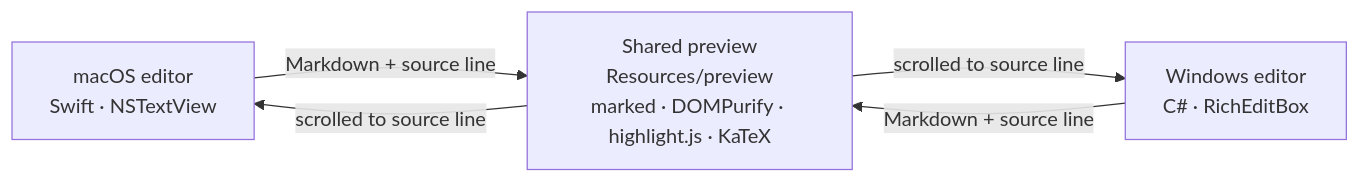
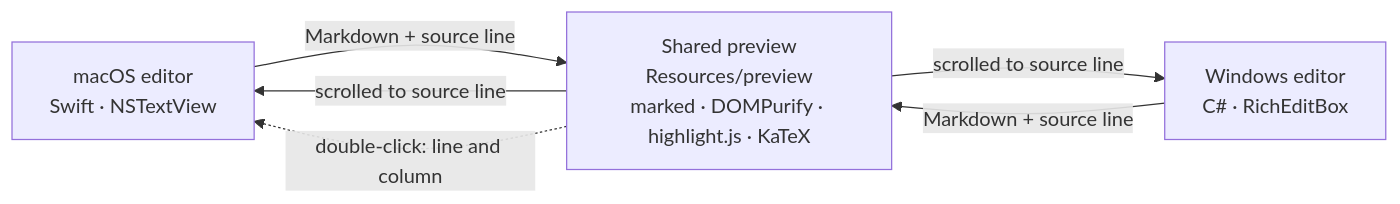
Before and after one commit to JYe16/mdeditor: the diagram in README.md, drawn with Mermaid. The commit also changed other lines of this file and 6 other files, not shown here.

````diff
--- a/README.md
+++ b/README.md
@@ -159,8 +166,9 @@
 ```mermaid
 flowchart LR
     M["macOS editor<br>Swift · NSTextView"] -->|Markdown + source line| P
     W["Windows editor<br>C# · RichEditBox"] -->|Markdown + source line| P
     P["Shared preview<br>Resources/preview<br>marked · DOMPurify · highlight.js · KaTeX"]
     P -->|scrolled to source line| M
     P -->|scrolled to source line| W
+    P -.->|double-click: line and column| M
 ```
````
